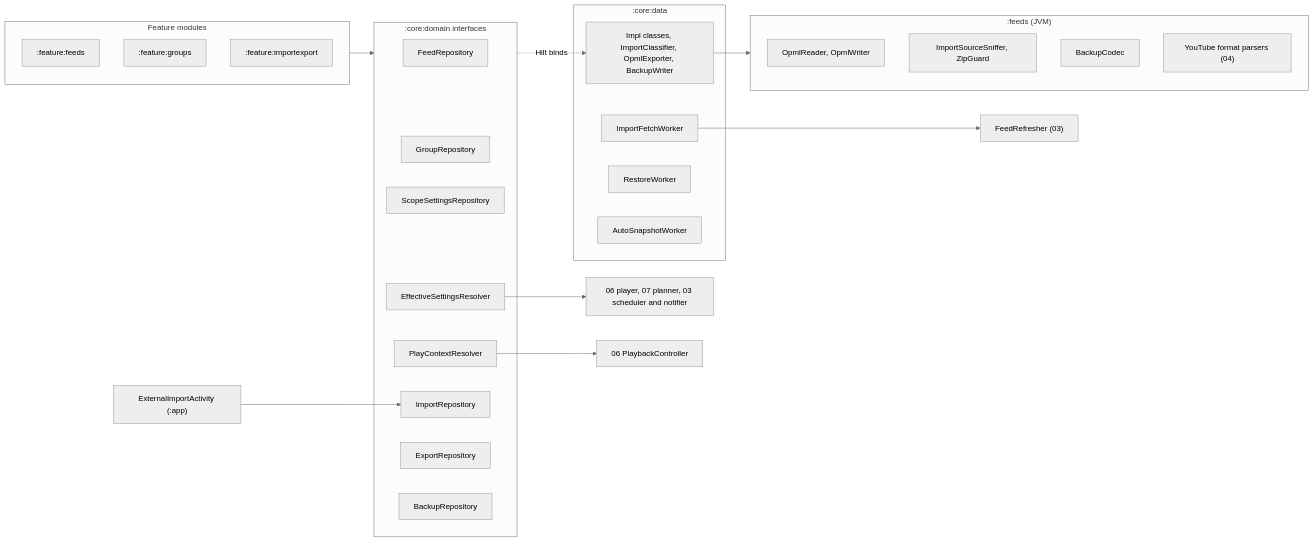
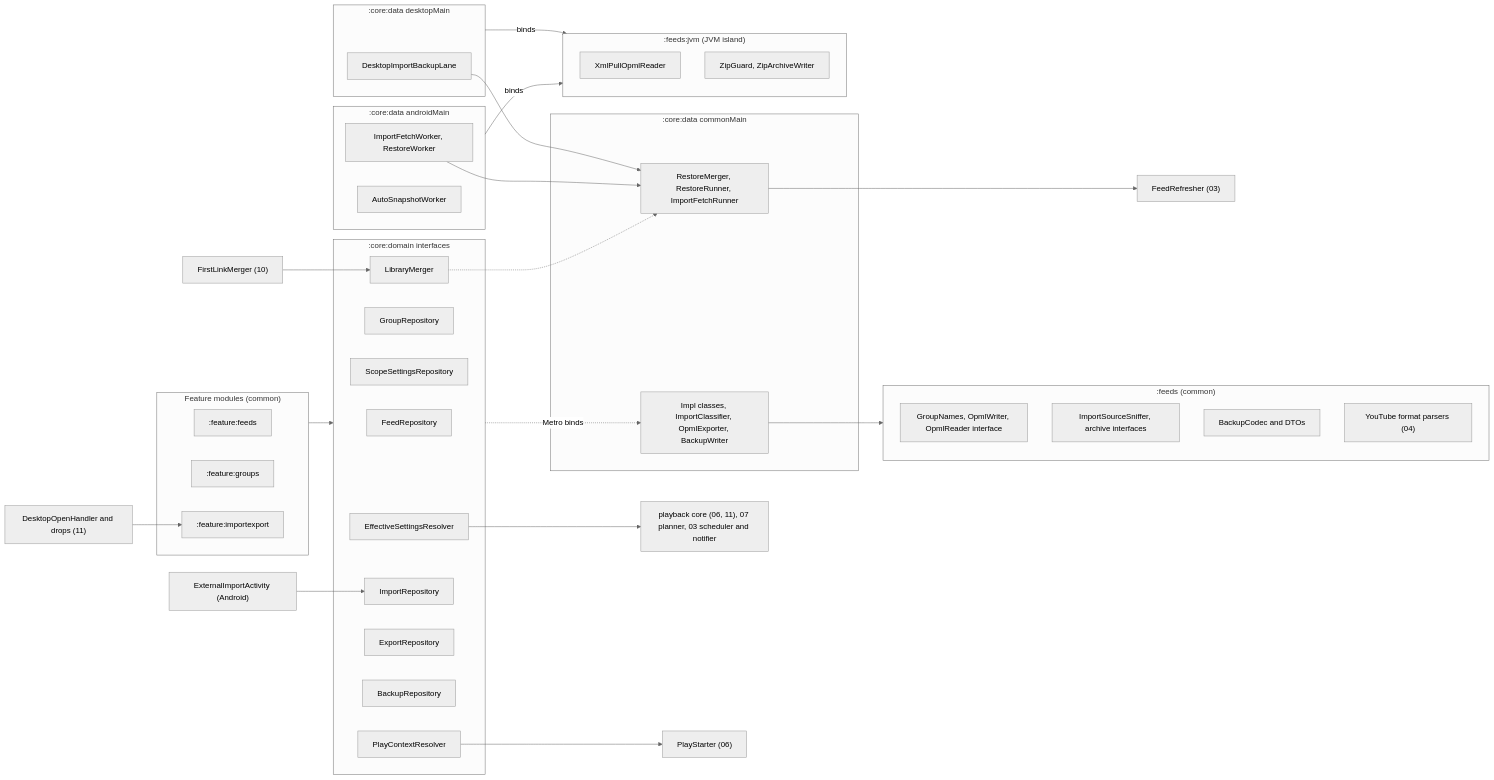
Before and after one commit to BigBoyDevBox/Neutrodyne: the first of 8 diagrams in docs/design/05-groups-opml-backup.md, drawn with Mermaid (neutral theme). The commit also changed other lines of this file and 2 other files, not shown here.

````diff
--- a/docs/design/05-groups-opml-backup.md
+++ b/docs/design/05-groups-opml-backup.md
@@ -38,37 +44,54 @@
 ```mermaid
 flowchart LR
-  subgraph FEAT["Feature modules"]
+  subgraph FEAT["Feature modules (common)"]
     FF[":feature:feeds"]
     FG[":feature:groups"]
     FIE[":feature:importexport"]
   end
   subgraph DOM[":core:domain interfaces"]
     FR["FeedRepository"]
     GR["GroupRepository"]
     SSR["ScopeSettingsRepository"]
     ESR["EffectiveSettingsResolver"]
     PCR["PlayContextResolver"]
     IR["ImportRepository"]
     ER["ExportRepository"]
     BR["BackupRepository"]
+    LM["LibraryMerger"]
   end
-  subgraph DATA[":core:data"]
+  subgraph DATA[":core:data commonMain"]
     IMPL["Impl classes, ImportClassifier, OpmlExporter, BackupWriter"]
-    IFW["ImportFetchWorker"]
-    RW["RestoreWorker"]
+    RUN["RestoreMerger, RestoreRunner, ImportFetchRunner"]
+  end
+  subgraph ANDR[":core:data androidMain"]
+    IFW["ImportFetchWorker, RestoreWorker"]
     ASW["AutoSnapshotWorker"]
   end
-  subgraph FEEDS[":feeds (JVM)"]
-    OPML["OpmlReader, OpmlWriter"]
-    SN["ImportSourceSniffer, ZipGuard"]
-    BC["BackupCodec"]
+  subgraph DESK[":core:data desktopMain"]
+    LANE["DesktopImportBackupLane"]
+  end
+  subgraph FEEDS[":feeds (common)"]
+    OPML["GroupNames, OpmlWriter, OpmlReader interface"]
+    SN["ImportSourceSniffer, archive interfaces"]
+    BC["BackupCodec and DTOs"]
     YP["YouTube format parsers (04)"]
   end
-  EIA["ExternalImportActivity (:app)"] --> IR
+  subgraph ISL[":feeds:jvm (JVM island)"]
+    XOR["XmlPullOpmlReader"]
+    ZG["ZipGuard, ZipArchiveWriter"]
+  end
+  EIA["ExternalImportActivity (Android)"] --> IR
+  DOH["DesktopOpenHandler and drops (11)"] --> FIE
   FEAT --> DOM
-  DOM -.->|"Hilt binds"| IMPL
+  DOM -.->|"Metro binds"| IMPL
+  LM -.-> RUN
   IMPL --> FEEDS
-  IFW --> FRF["FeedRefresher (03)"]
-  ESR --> CONS["06 player, 07 planner, 03 scheduler and notifier"]
-  PCR --> P06["06 PlaybackController"]
+  ANDR -->|"binds"| ISL
+  DESK -->|"binds"| ISL
+  IFW --> RUN
+  LANE --> RUN
+  RUN --> FRF["FeedRefresher (03)"]
+  FLM["FirstLinkMerger (10)"] --> LM
+  ESR --> CONS["playback core (06, 11), 07 planner, 03 scheduler and notifier"]
+  PCR --> P06["PlayStarter (06)"]
 ```
````
